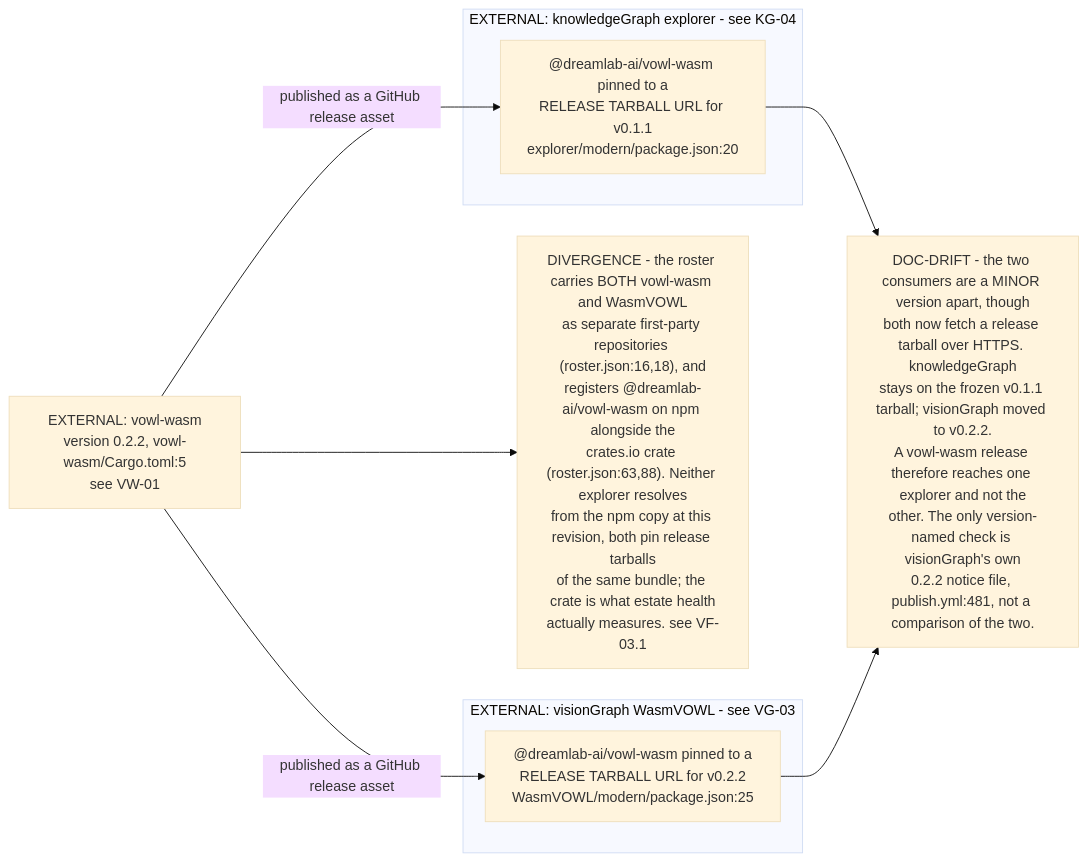
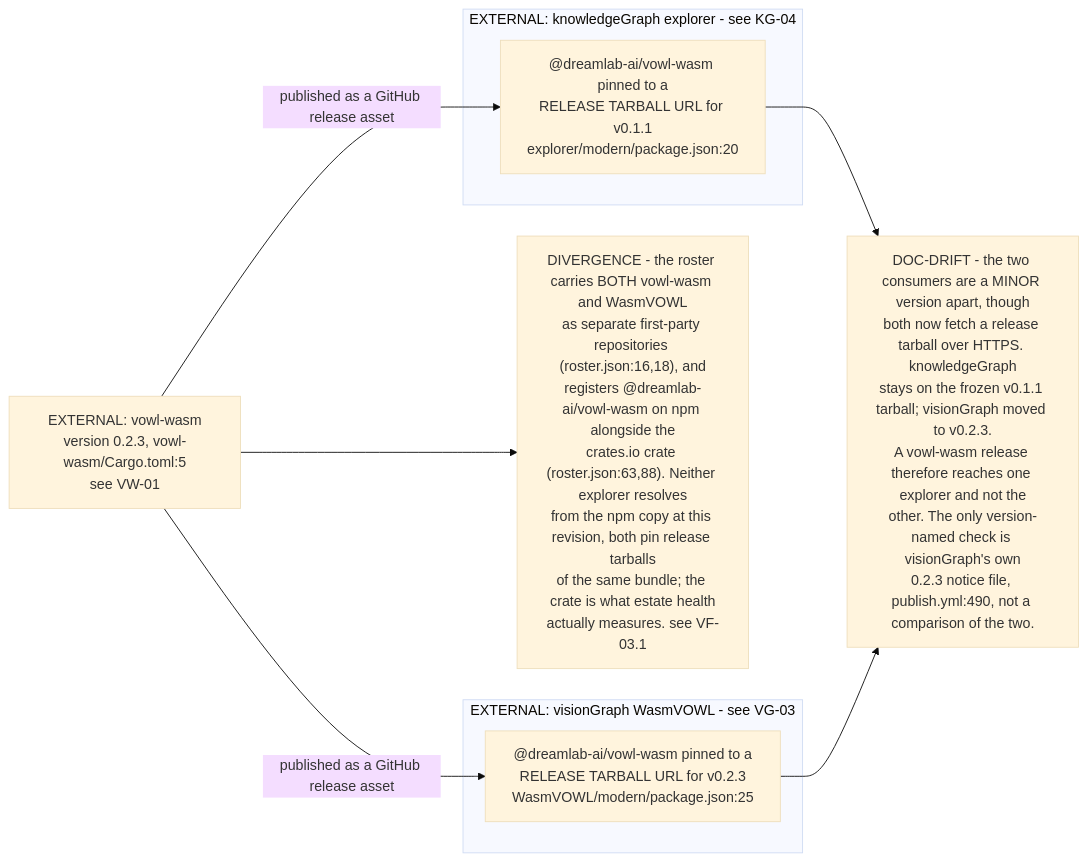
The third of 5 diagrams in docs/diagrams/estate/11-publishing-axis.md (DreamLab-AI/VisionFlow), drawn with Mermaid (base theme) before and after one commit. The commit also changed other lines of this file and 49 other files, not shown here.

First line of the commit message:
docs(diagrams): re-derive and re-stamp VisionClaw, estate, knowledge-graph, visionGraph, VisionFlow and sidestr topics

````diff
--- a/docs/diagrams/estate/11-publishing-axis.md
+++ b/docs/diagrams/estate/11-publishing-axis.md
@@ -102,21 +102,21 @@
 ```mermaid
 flowchart LR
-    CRATE["EXTERNAL: vowl-wasm<br/>version 0.2.2, vowl-wasm/Cargo.toml:5<br/>see VW-01"]
+    CRATE["EXTERNAL: vowl-wasm<br/>version 0.2.3, vowl-wasm/Cargo.toml:5<br/>see VW-01"]
 
     subgraph KGE["EXTERNAL: knowledgeGraph explorer - see KG-04"]
         KGP["@dreamlab-ai/vowl-wasm pinned to a<br/>RELEASE TARBALL URL for v0.1.1<br/>explorer/modern/package.json:20"]
     end
     subgraph VGE["EXTERNAL: visionGraph WasmVOWL - see VG-03"]
-        VGP["@dreamlab-ai/vowl-wasm pinned to a<br/>RELEASE TARBALL URL for v0.2.2<br/>WasmVOWL/modern/package.json:25"]
+        VGP["@dreamlab-ai/vowl-wasm pinned to a<br/>RELEASE TARBALL URL for v0.2.3<br/>WasmVOWL/modern/package.json:25"]
     end
 
     CRATE -->|"published as a GitHub release asset"| KGP
     CRATE -->|"published as a GitHub release asset"| VGP
 
-    D1["DOC-DRIFT - the two consumers are a MINOR version apart, though<br/>both now fetch a release tarball over HTTPS. knowledgeGraph<br/>stays on the frozen v0.1.1 tarball; visionGraph moved to v0.2.2.<br/>A vowl-wasm release therefore reaches one explorer and not the<br/>other. The only version-named check is visionGraph's own<br/>0.2.2 notice file, publish.yml:481, not a comparison of the two."]
+    D1["DOC-DRIFT - the two consumers are a MINOR version apart, though<br/>both now fetch a release tarball over HTTPS. knowledgeGraph<br/>stays on the frozen v0.1.1 tarball; visionGraph moved to v0.2.3.<br/>A vowl-wasm release therefore reaches one explorer and not the<br/>other. The only version-named check is visionGraph's own<br/>0.2.3 notice file, publish.yml:490, not a comparison of the two."]
     D2["DIVERGENCE - the roster carries BOTH vowl-wasm and WasmVOWL<br/>as separate first-party repositories (roster.json:16,18), and<br/>registers @dreamlab-ai/vowl-wasm on npm alongside the<br/>crates.io crate (roster.json:63,88). Neither explorer resolves<br/>from the npm copy at this revision, both pin release tarballs<br/>of the same bundle; the crate is what estate health<br/>actually measures. see VF-03.1"]
 
     KGP --> D1
     VGP --> D1
     CRATE --> D2
 ```
````
